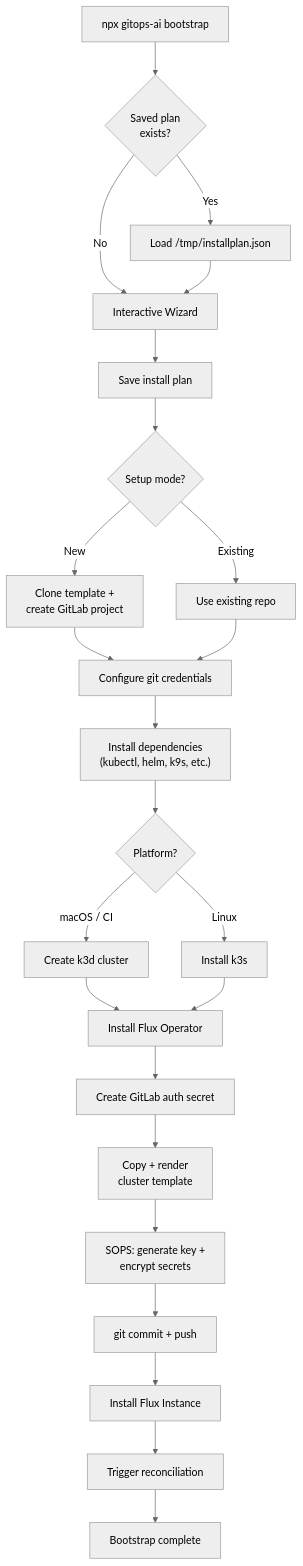
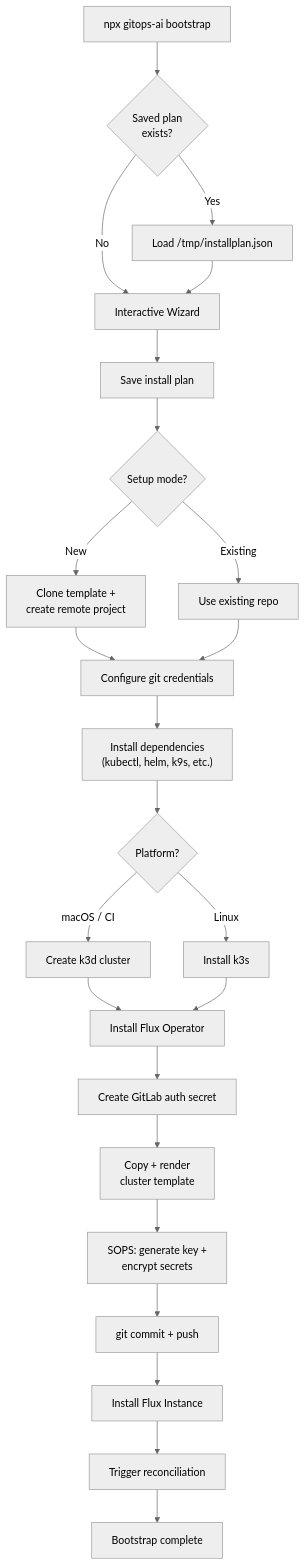
The second of 4 diagrams in docs/architecture.md (GitOpsAI/gitops-ai-bootstrapper), drawn with Mermaid (neutral theme) before and after one commit. The commit also changed other lines of this file and 12 other files, not shown here.

````diff
--- a/docs/architecture.md
+++ b/docs/architecture.md
@@ -44,26 +44,26 @@
 ```mermaid
 flowchart TD
     Start["npx gitops-ai bootstrap"] --> Resume{"Saved plan<br/>exists?"}
     Resume -->|Yes| LoadPlan["Load /tmp/installplan.json"]
     Resume -->|No| Wizard["Interactive Wizard"]
     LoadPlan --> Wizard
     Wizard --> SavePlan["Save install plan"]
     SavePlan --> RepoSetup{"Setup mode?"}
-    RepoSetup -->|New| Clone["Clone template +<br/>create GitLab project"]
+    RepoSetup -->|New| Clone["Clone template +<br/>create remote project"]
     RepoSetup -->|Existing| UseExisting["Use existing repo"]
     Clone --> GitCreds["Configure git credentials"]
     UseExisting --> GitCreds
     GitCreds --> Deps["Install dependencies<br/>(kubectl, helm, k9s, etc.)"]
     Deps --> K8s{"Platform?"}
     K8s -->|macOS / CI| K3d["Create k3d cluster"]
     K8s -->|Linux| K3s["Install k3s"]
     K3d --> FluxOp["Install Flux Operator"]
     K3s --> FluxOp
     FluxOp --> GitSecret["Create GitLab auth secret"]
     GitSecret --> Template["Copy + render<br/>cluster template"]
     Template --> SOPS["SOPS: generate key +<br/>encrypt secrets"]
     SOPS --> Push["git commit + push"]
     Push --> FluxInst["Install Flux Instance"]
     FluxInst --> Reconcile["Trigger reconciliation"]
     Reconcile --> Done["Bootstrap complete"]
 ```
````
